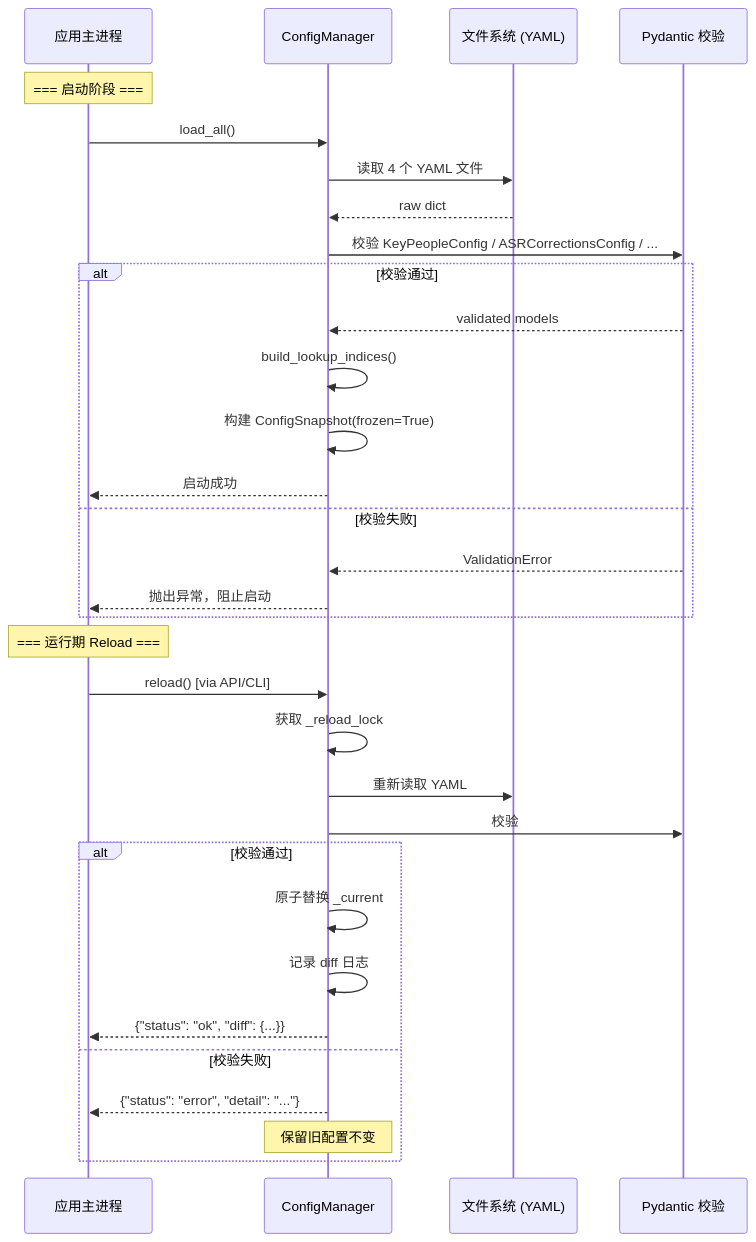
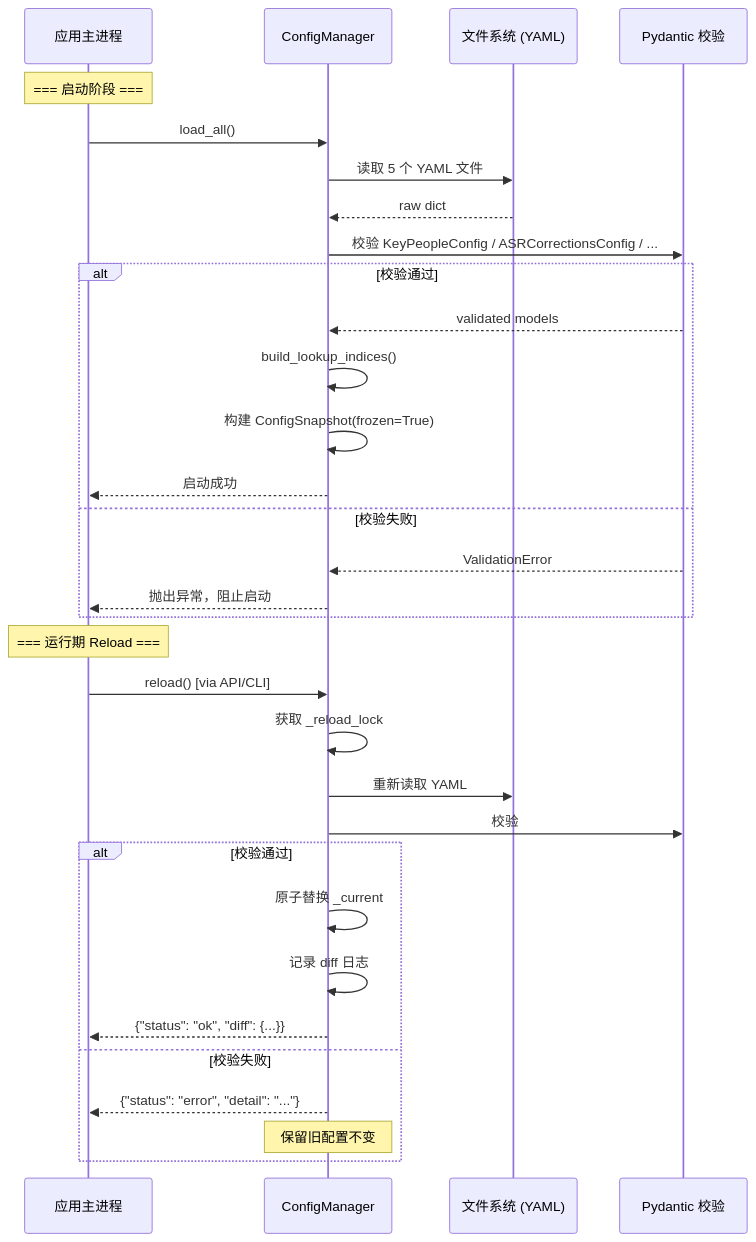
One commit to SherlockHao/summary-pipeline changed the second of 8 diagrams in docs/sections/arch_module6_config.md. Above: the diagram before and after it, drawn with Mermaid. The commit also changed other lines of this file and 8 other files, not shown here.

````diff
--- a/docs/sections/arch_module6_config.md
+++ b/docs/sections/arch_module6_config.md
@@ -543,36 +593,36 @@
 ```mermaid
 sequenceDiagram
     participant App as 应用主进程
     participant CM as ConfigManager
     participant FS as 文件系统 (YAML)
     participant PD as Pydantic 校验
 
     Note over App: === 启动阶段 ===
     App->>CM: load_all()
-    CM->>FS: 读取 4 个 YAML 文件
+    CM->>FS: 读取 5 个 YAML 文件
     FS-->>CM: raw dict
     CM->>PD: 校验 KeyPeopleConfig / ASRCorrectionsConfig / ...
     alt 校验通过
         PD-->>CM: validated models
         CM->>CM: build_lookup_indices()
         CM->>CM: 构建 ConfigSnapshot(frozen=True)
         CM-->>App: 启动成功
     else 校验失败
         PD-->>CM: ValidationError
         CM-->>App: 抛出异常，阻止启动
     end
 
     Note over App: === 运行期 Reload ===
     App->>CM: reload() [via API/CLI]
     CM->>CM: 获取 _reload_lock
     CM->>FS: 重新读取 YAML
     CM->>PD: 校验
     alt 校验通过
         CM->>CM: 原子替换 _current
         CM->>CM: 记录 diff 日志
         CM-->>App: {"status": "ok", "diff": {...}}
     else 校验失败
         CM-->>App: {"status": "error", "detail": "..."}
         Note over CM: 保留旧配置不变
     end
 ```
````
